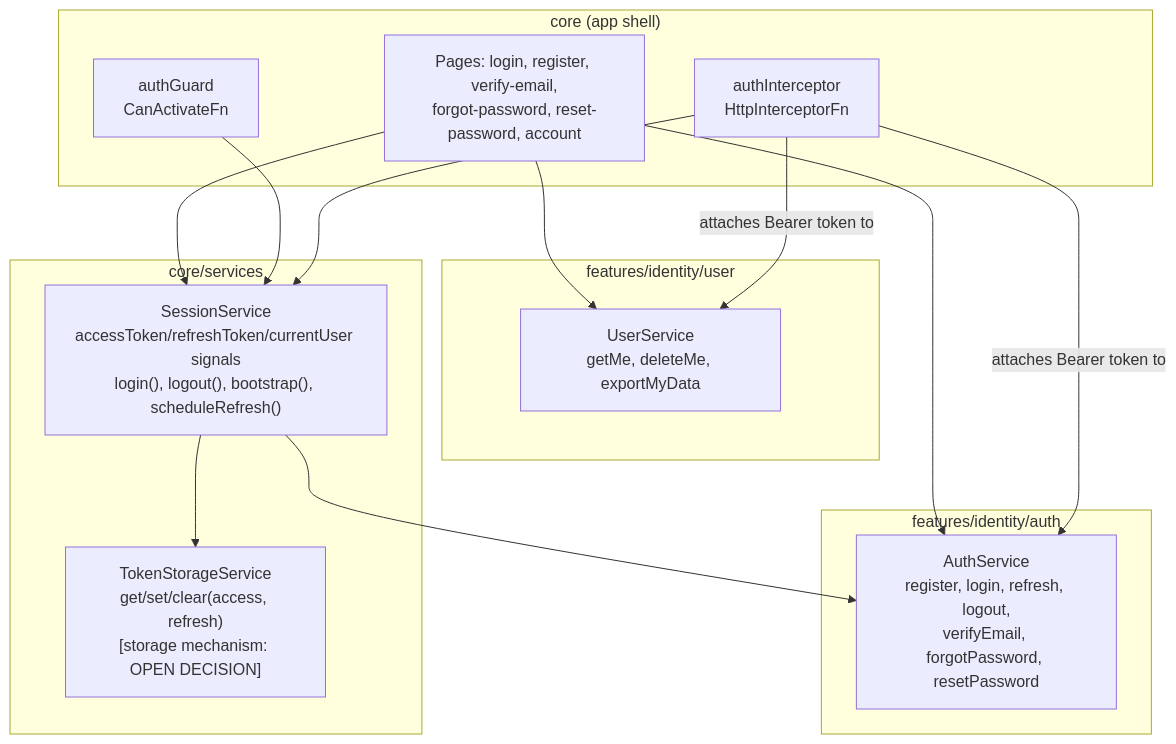
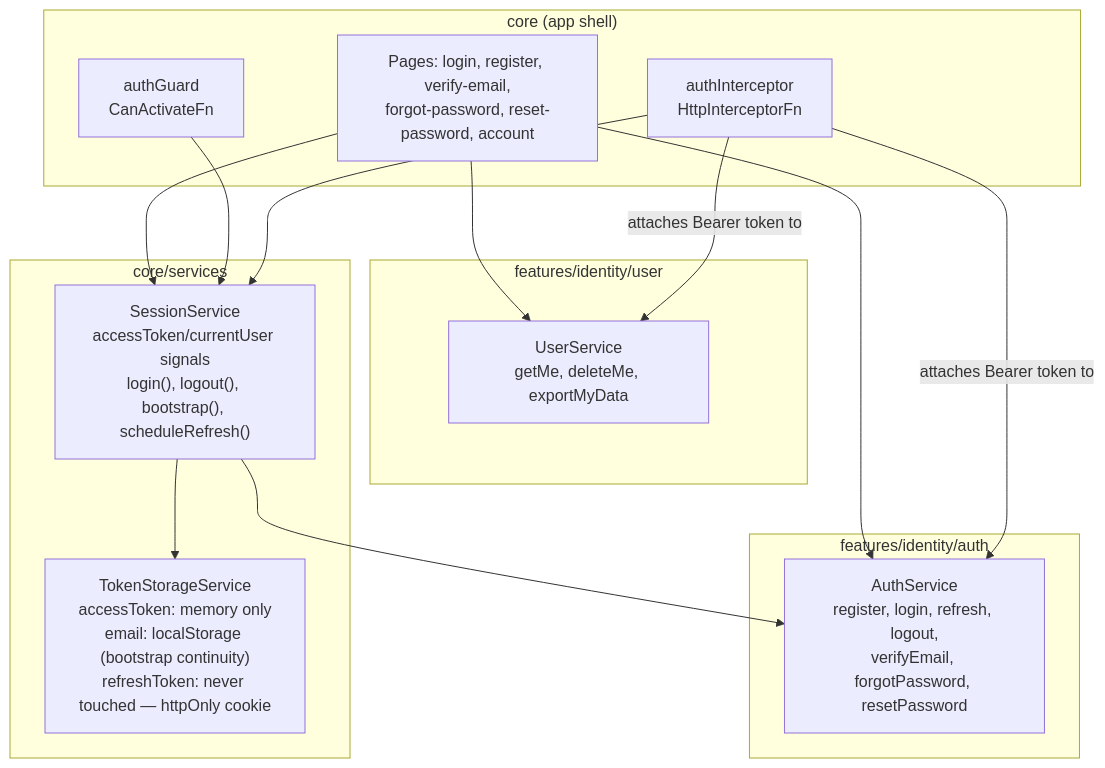
Before and after one commit to eugeniobandeira/rentifyx-frontend: the first of 2 diagrams in .specs/features/identity/design.md, drawn with Mermaid. The commit also changed other lines of this file and 4 other files, not shown here.

````diff
--- a/.specs/features/identity/design.md
+++ b/.specs/features/identity/design.md
@@ -17,28 +17,28 @@
 ```mermaid
 graph TD
     subgraph "features/identity/auth"
         AuthSvc["AuthService<br/>register, login, refresh, logout,<br/>verifyEmail, forgotPassword, resetPassword"]
     end
     subgraph "features/identity/user"
         UserSvc["UserService<br/>getMe, deleteMe, exportMyData"]
     end
     subgraph "core/services"
-        SessionSvc["SessionService<br/>accessToken/refreshToken/currentUser signals<br/>login(), logout(), bootstrap(), scheduleRefresh()"]
-        TokenStore["TokenStorageService<br/>get/set/clear(access, refresh)<br/>[storage mechanism: OPEN DECISION]"]
+        SessionSvc["SessionService<br/>accessToken/currentUser signals<br/>login(), logout(), bootstrap(), scheduleRefresh()"]
+        TokenStore["TokenStorageService<br/>accessToken: memory only<br/>email: localStorage (bootstrap continuity)<br/>refreshToken: never touched — httpOnly cookie"]
     end
     subgraph "core (app shell)"
         Guard["authGuard<br/>CanActivateFn"]
         Interceptor["authInterceptor<br/>HttpInterceptorFn"]
         Pages["Pages: login, register, verify-email,<br/>forgot-password, reset-password, account"]
     end
 
     Pages --> AuthSvc
     Pages --> UserSvc
     Pages --> SessionSvc
     SessionSvc --> AuthSvc
     SessionSvc --> TokenStore
     Guard --> SessionSvc
     Interceptor --> SessionSvc
     Interceptor -->|attaches Bearer token to| UserSvc
     Interceptor -->|attaches Bearer token to| AuthSvc
 ```
````
